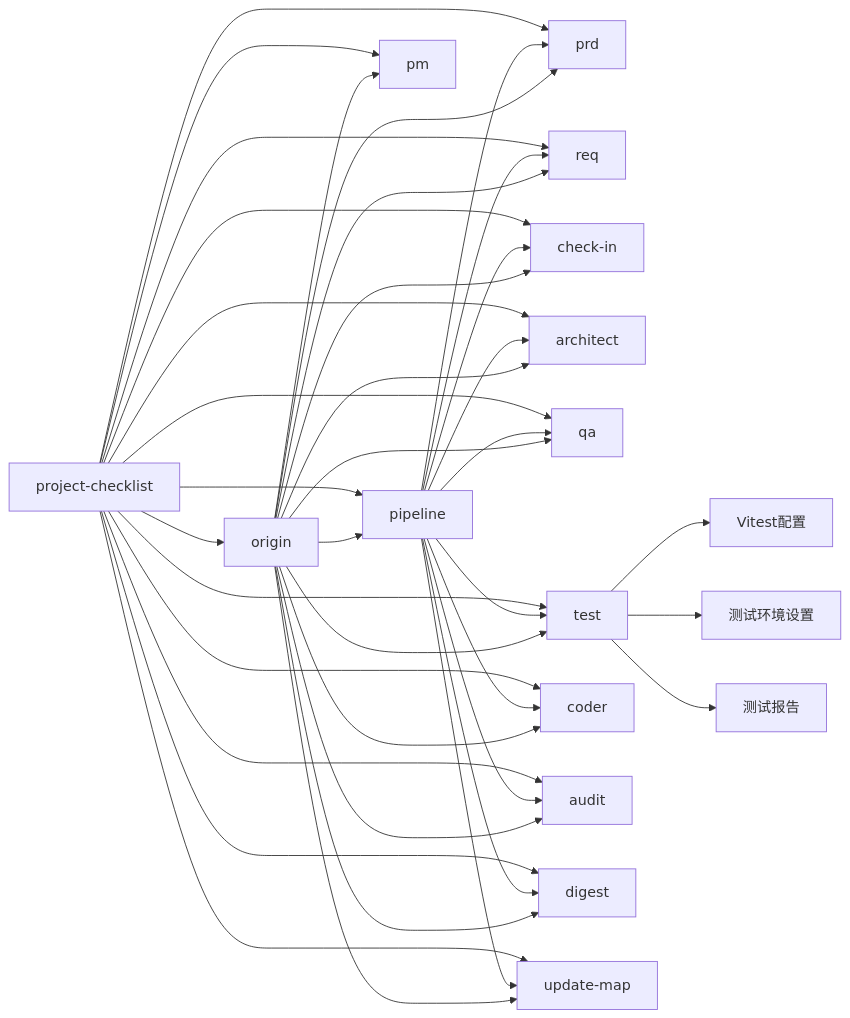
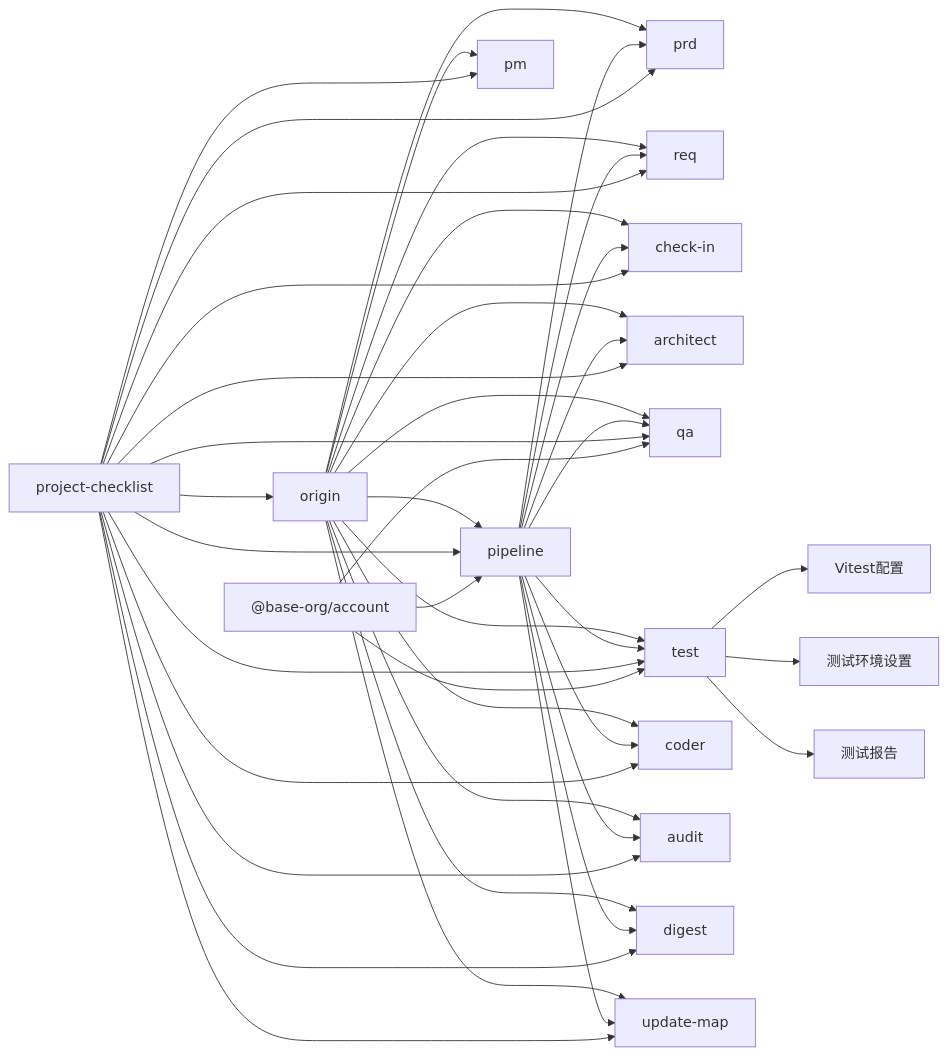
One commit to CryptoLinxu/Web3-AI-Agent changed the sixth of 6 diagrams in .qoder/repowiki/zh/content/项目概述/项目概述.md. Above: the diagram before and after it, drawn with Mermaid. The commit also changed other lines of this file and 4 other files, not shown here.

````diff
--- a/.qoder/repowiki/zh/content/项目概述/项目概述.md
+++ b/.qoder/repowiki/zh/content/项目概述/项目概述.md
@@ -481,41 +499,44 @@
 ```mermaid
 graph LR
 ORG["origin"] --> PIPE["pipeline"]
 ORG --> PM["pm"]
 ORG --> PRD["prd"]
 ORG --> REQ["req"]
 ORG --> CHECKIN["check-in"]
 ORG --> ARCH["architect"]
 ORG --> QA["qa"]
 ORG --> TEST["test"]
 ORG --> CODER["coder"]
 ORG --> AUDIT["audit"]
 ORG --> DIGEST["digest"]
 ORG --> UPDATE["update-map"]
 PIPE --> PRD
 PIPE --> REQ
 PIPE --> CHECKIN
 PIPE --> ARCH
 PIPE --> QA
 PIPE --> TEST
 PIPE --> CODER
 PIPE --> AUDIT
 PIPE --> DIGEST
 PIPE --> UPDATE
 CHECKLIST["project-checklist"] --> ORG
 CHECKLIST --> PIPE
 CHECKLIST --> PM
 CHECKLIST --> PRD
 CHECKLIST --> REQ
 CHECKLIST --> CHECKIN
 CHECKLIST --> ARCH
 CHECKLIST --> QA
 CHECKLIST --> TEST
 CHECKLIST --> CODER
 CHECKLIST --> AUDIT
 CHECKLIST --> DIGEST
 CHECKLIST --> UPDATE
 TEST --> VITEST["Vitest配置"]
 TEST --> SETUP["测试环境设置"]
 TEST --> REPORT["测试报告"]
+BASE_ACCOUNT["@base-org/account"] --> PIPE
+BASE_ACCOUNT --> QA
+BASE_ACCOUNT --> TEST
 ```
````
